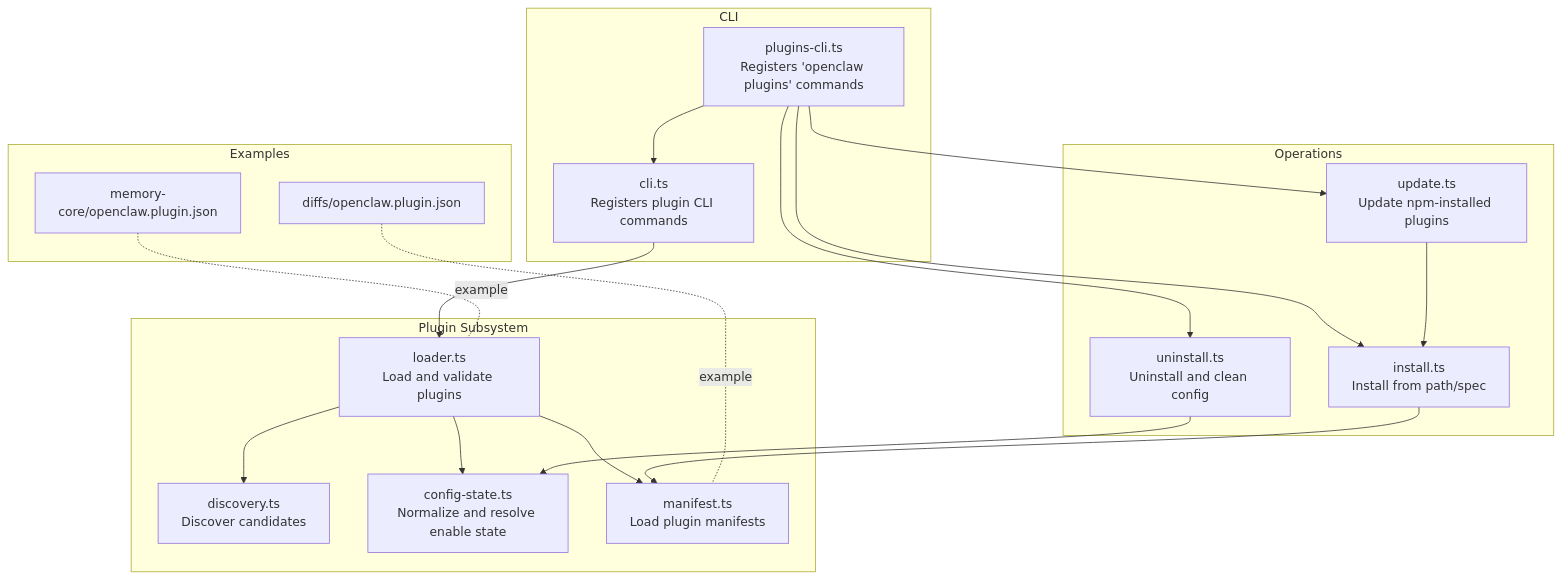
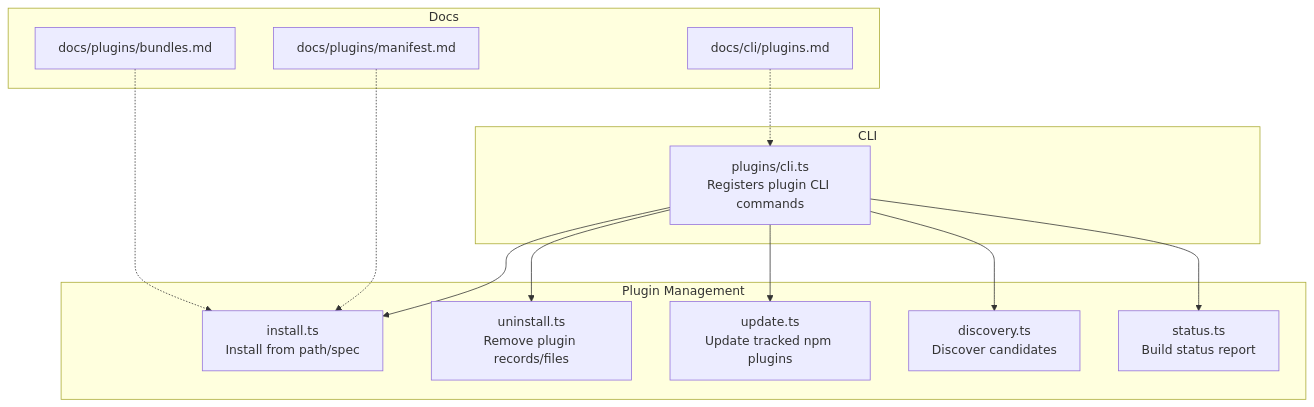
The first of 8 diagrams in repowiki/en/content/CLI Interface/Plugin Management.md (botx-work/OpenClaw-Internals), drawn with Mermaid before and after one commit. The commit also changed other lines of this file and 332 other files, not shown here.

````diff
--- a/repowiki/en/content/CLI Interface/Plugin Management.md
+++ b/repowiki/en/content/CLI Interface/Plugin Management.md
@@ -37,35 +36,26 @@
 ```mermaid
 graph TB
 subgraph "CLI"
-CLI_CMD["plugins-cli.ts<br/>Registers 'openclaw plugins' commands"]
-CLI_REG["cli.ts<br/>Registers plugin CLI commands"]
+PCLI["plugins/cli.ts<br/>Registers plugin CLI commands"]
 end
-subgraph "Plugin Subsystem"
+subgraph "Plugin Management"
+INST["install.ts<br/>Install from path/spec"]
+UNINST["uninstall.ts<br/>Remove plugin records/files"]
+UPD["update.ts<br/>Update tracked npm plugins"]
 DISC["discovery.ts<br/>Discover candidates"]
-LOAD["loader.ts<br/>Load and validate plugins"]
-CFG["config-state.ts<br/>Normalize and resolve enable state"]
-MAN["manifest.ts<br/>Load plugin manifests"]
+STAT["status.ts<br/>Build status report"]
 end
-subgraph "Operations"
-INST["install.ts<br/>Install from path/spec"]
-UNINST["uninstall.ts<br/>Uninstall and clean config"]
-UPD["update.ts<br/>Update npm-installed plugins"]
+subgraph "Docs"
+DCLI["docs/cli/plugins.md"]
+DMAN["docs/plugins/manifest.md"]
+DBUN["docs/plugins/bundles.md"]
 end
-subgraph "Examples"
-MEMCORE["memory-core/openclaw.plugin.json"]
-DIFFS["diffs/openclaw.plugin.json"]
-end
-CLI_CMD --> INST
-CLI_CMD --> UNINST
-CLI_CMD --> UPD
-CLI_CMD --> CLI_REG
-CLI_REG --> LOAD
-LOAD --> DISC
-LOAD --> CFG
-LOAD --> MAN
-INST --> MAN
-UNINST --> CFG
-UPD --> INST
-MEMCORE -. example .- LOAD
-DIFFS -. example .- MAN
+PCLI --> INST
+PCLI --> UNINST
+PCLI --> UPD
+PCLI --> DISC
+PCLI --> STAT
+DCLI -.-> PCLI
+DMAN -.-> INST
+DBUN -.-> INST
 ```
````
